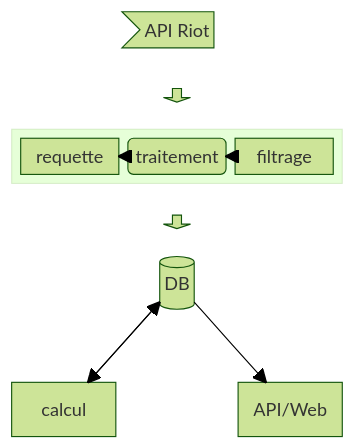
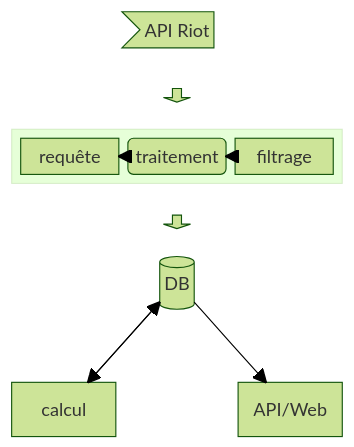
The diagram in README.md (tom-favereau/ASE_Katia_Alicia_Alexandre_Tom), drawn with Mermaid (forest theme) before and after one commit. The commit also changed other lines of this file, not shown here.

````diff
--- a/README.md
+++ b/README.md
@@ -5,21 +52,21 @@
 ```mermaid
 block-beta
     columns 3
     doc>"API Riot"]:3
     space down1<[" "]>(down) space
 
   block:e:3
-          l["requette"]
+          l["requête"]
           m("traitement")
           r["filtrage"]
   end
     space down2<[" "]>(down) space
     db[("DB")]:3
     space:3
     calcul space API/Web
     db --> calcul
     calcul --> db
     db --> API/Web
     m --> l 
     r --> m
 ```
````
